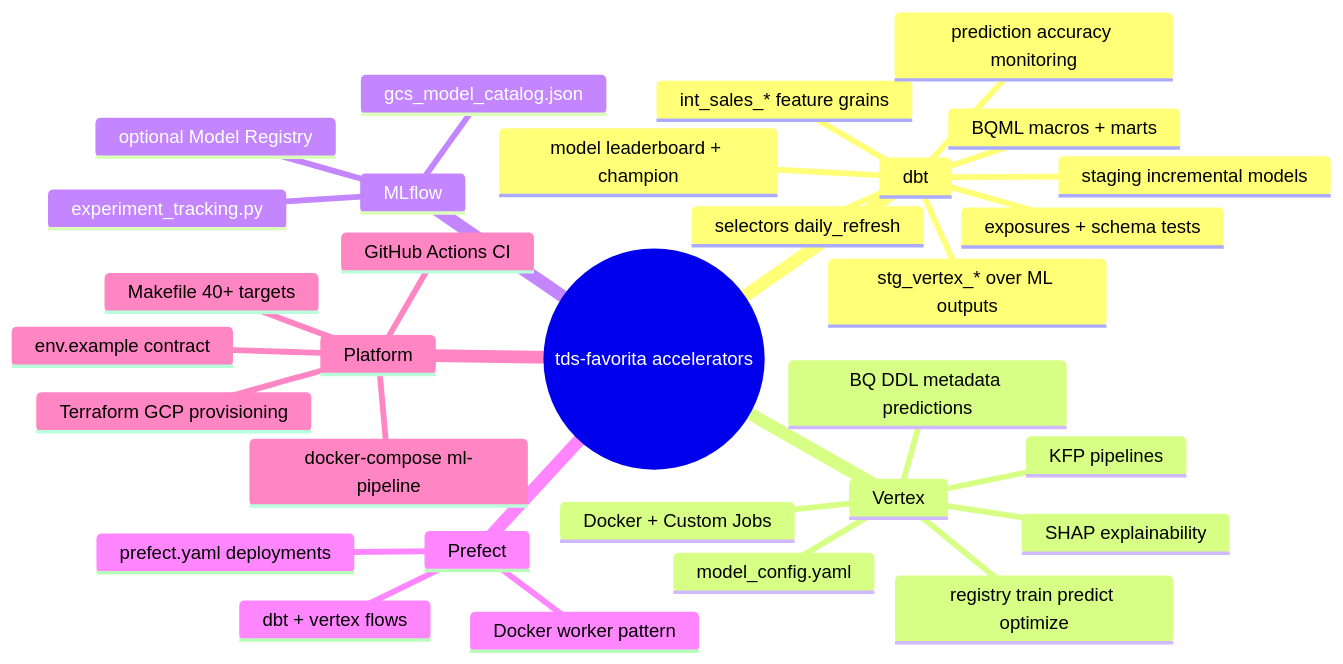
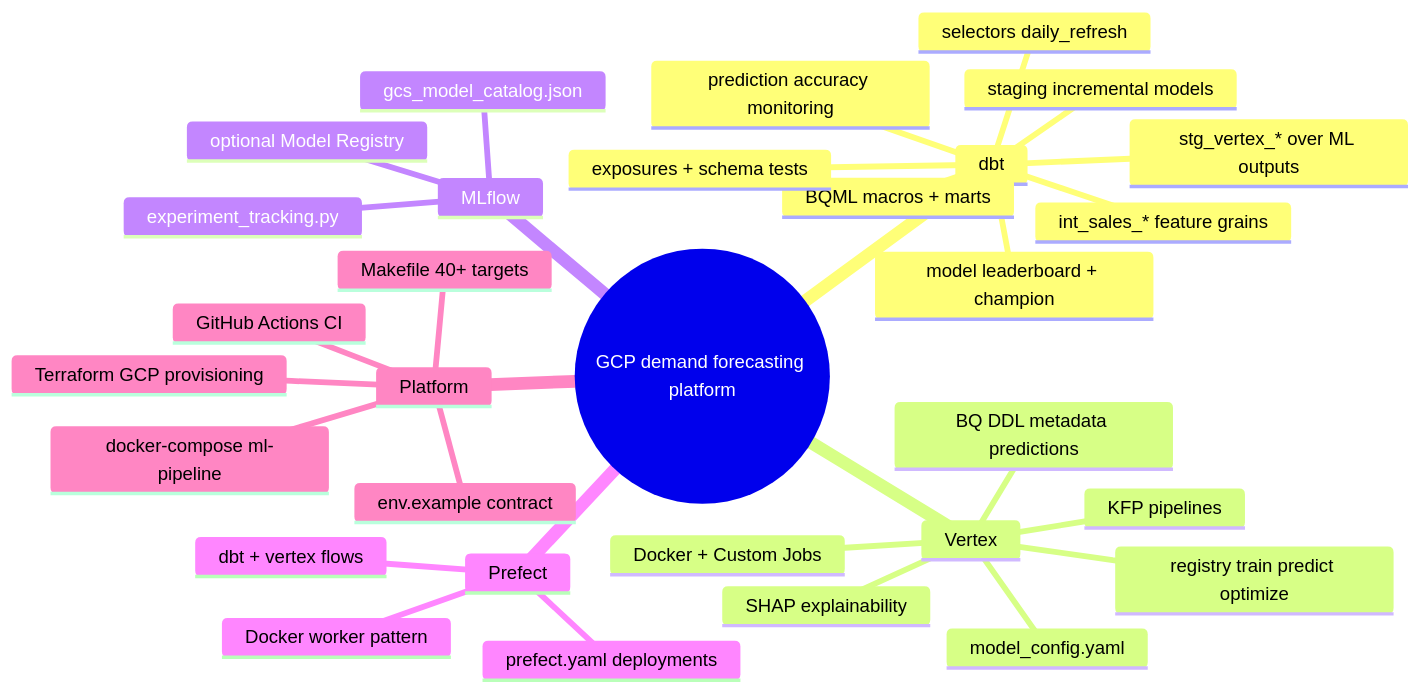
The diagram in docs/accelerators.md (the-datastrategist/tds-dbt-favorita), drawn with Mermaid before and after one commit. The commit also changed other lines of this file and 133 other files, not shown here.

First line of the commit message:
Harden and operationalize demand forecasting backtests (#12)

````diff
--- a/docs/accelerators.md
+++ b/docs/accelerators.md
@@ -11,34 +11,34 @@
 ```mermaid
 mindmap
-  root((tds-favorita accelerators))
+  root((GCP demand forecasting platform))
     dbt
       staging incremental models
       int_sales_* feature grains
       BQML macros + marts
       stg_vertex_* over ML outputs
       model leaderboard + champion
       prediction accuracy monitoring
       exposures + schema tests
       selectors daily_refresh
     Vertex
       model_config.yaml
       registry train predict optimize
       SHAP explainability
       KFP pipelines
       BQ DDL metadata predictions
       Docker + Custom Jobs
     MLflow
       experiment_tracking.py
       gcs_model_catalog.json
       optional Model Registry
     Prefect
       prefect.yaml deployments
       dbt + vertex flows
       Docker worker pattern
     Platform
       Makefile 40+ targets
       docker-compose ml-pipeline
       GitHub Actions CI
       env.example contract
       Terraform GCP provisioning
 ```
````
